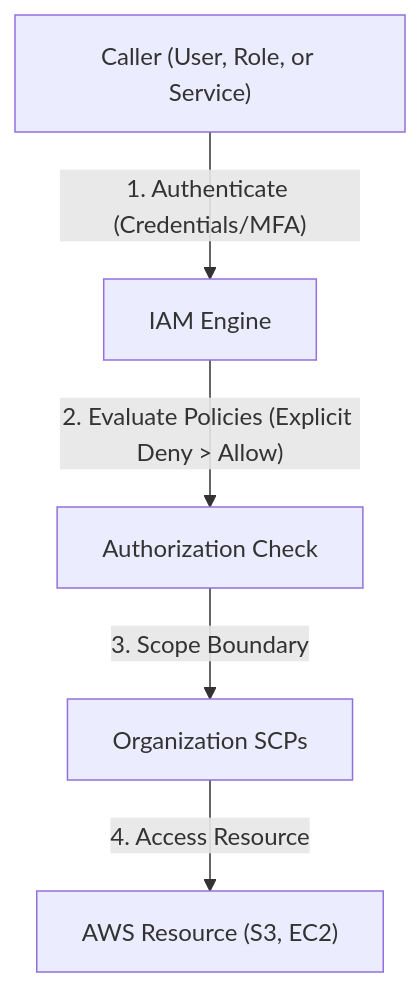
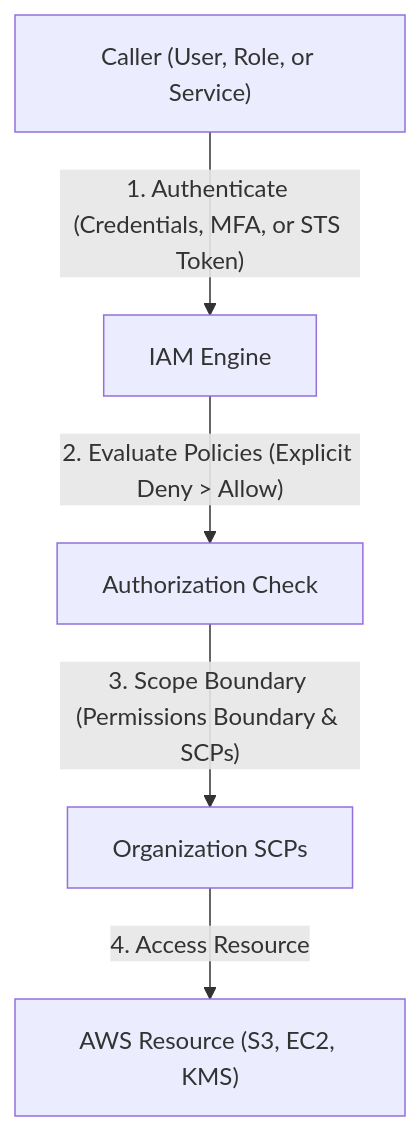
One commit to kmashour/BrainDump changed the diagram in Reference Notes/3-1_aws_global_infrastructure_and_iam.md. Above: the diagram before and after it, drawn with Mermaid. The commit also changed other lines of this file and 152 other files, not shown here.

````diff
--- a/Reference Notes/3-1_aws_global_infrastructure_and_iam.md
+++ b/Reference Notes/3-1_aws_global_infrastructure_and_iam.md
@@ -15,7 +15,7 @@
 ```mermaid
 graph TD
-    User["Caller (User, Role, or Service)"] -->|"1. Authenticate (Credentials/MFA)"| IAM["IAM Engine"]
+    User["Caller (User, Role, or Service)"] -->|"1. Authenticate (Credentials, MFA, or STS Token)"| IAM["IAM Engine"]
     IAM -->|"2. Evaluate Policies (Explicit Deny > Allow)"| Authz["Authorization Check"]
-    Authz -->|"3. Scope Boundary"| SCP["Organization SCPs"]
-    SCP -->|"4. Access Resource"| Service["AWS Resource (S3, EC2)"]
+    Authz -->|"3. Scope Boundary (Permissions Boundary & SCPs)"| SCP["Organization SCPs"]
+    SCP -->|"4. Access Resource"| Service["AWS Resource (S3, EC2, KMS)"]
 ```
````
